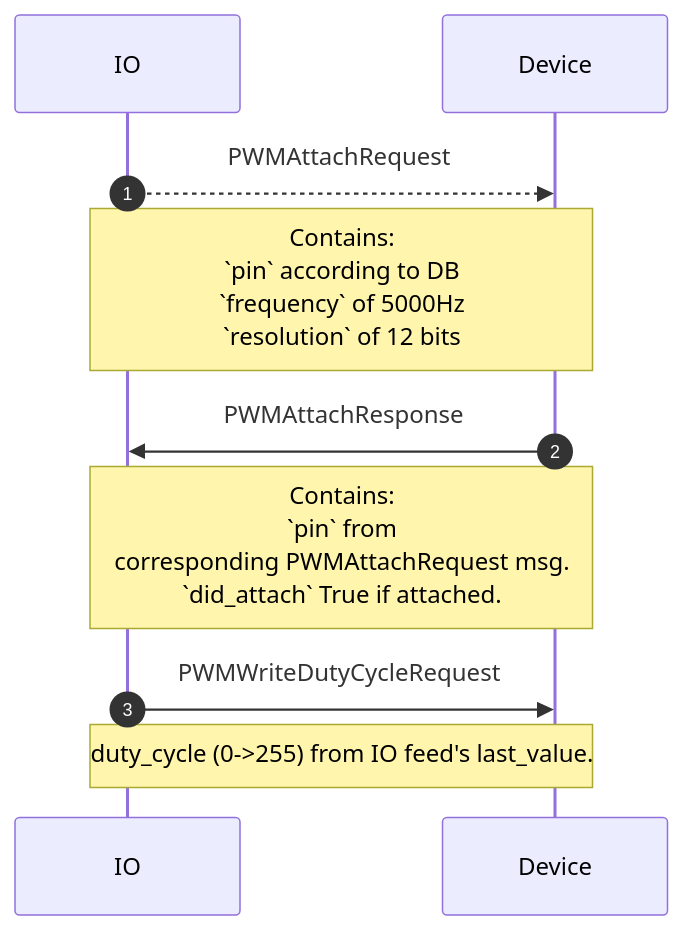
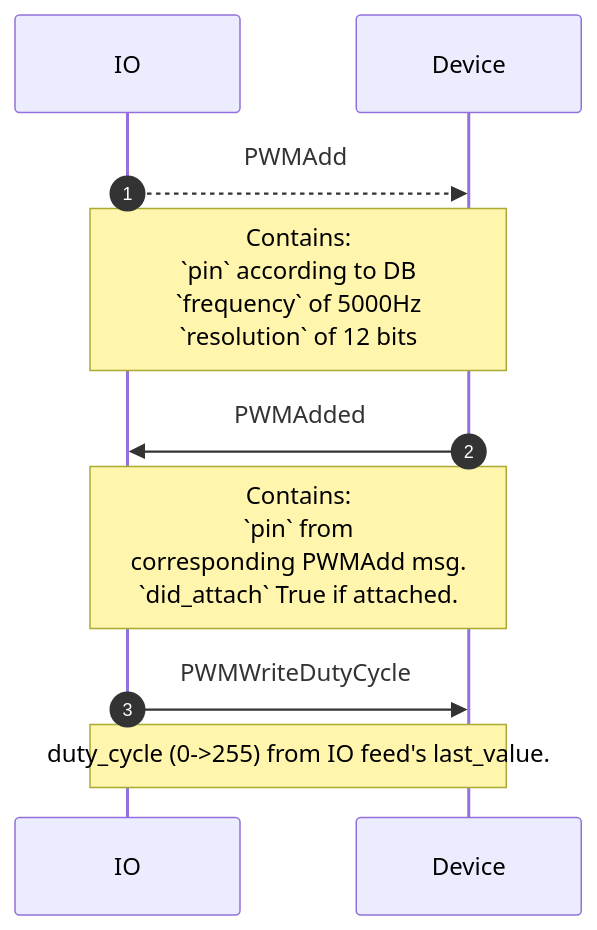
The fifth of 10 diagrams in proto/wippersnapper/docs/pwm.md (adafruit/Wippersnapper_Protobuf), drawn with Mermaid before and after one commit. The commit also changed other lines of this file and 6 other files, not shown here.

````diff
--- a/proto/wippersnapper/docs/pwm.md
+++ b/proto/wippersnapper/docs/pwm.md
@@ -64,13 +64,13 @@
 ```mermaid
 sequenceDiagram
 autonumber
 
-IO-->>Device: PWMAttachRequest
+IO-->>Device: PWMAdd
 Note over IO, Device: Contains:<br> `pin` according to DB<br>`frequency` of 5000Hz<br> `resolution` of 12 bits
 
-Device->>IO: PWMAttachResponse
-Note over IO, Device: Contains:<br> `pin` from <br>corresponding PWMAttachRequest msg. <br>`did_attach` True if attached.
+Device->>IO: PWMAdded
+Note over IO, Device: Contains:<br> `pin` from <br>corresponding PWMAdd msg. <br>`did_attach` True if attached.
 
-IO->>Device: PWMWriteDutyCycleRequest
+IO->>Device: PWMWriteDutyCycle
 Note over IO, Device: duty_cycle (0->255) from IO feed's last_value.
 ```
````
